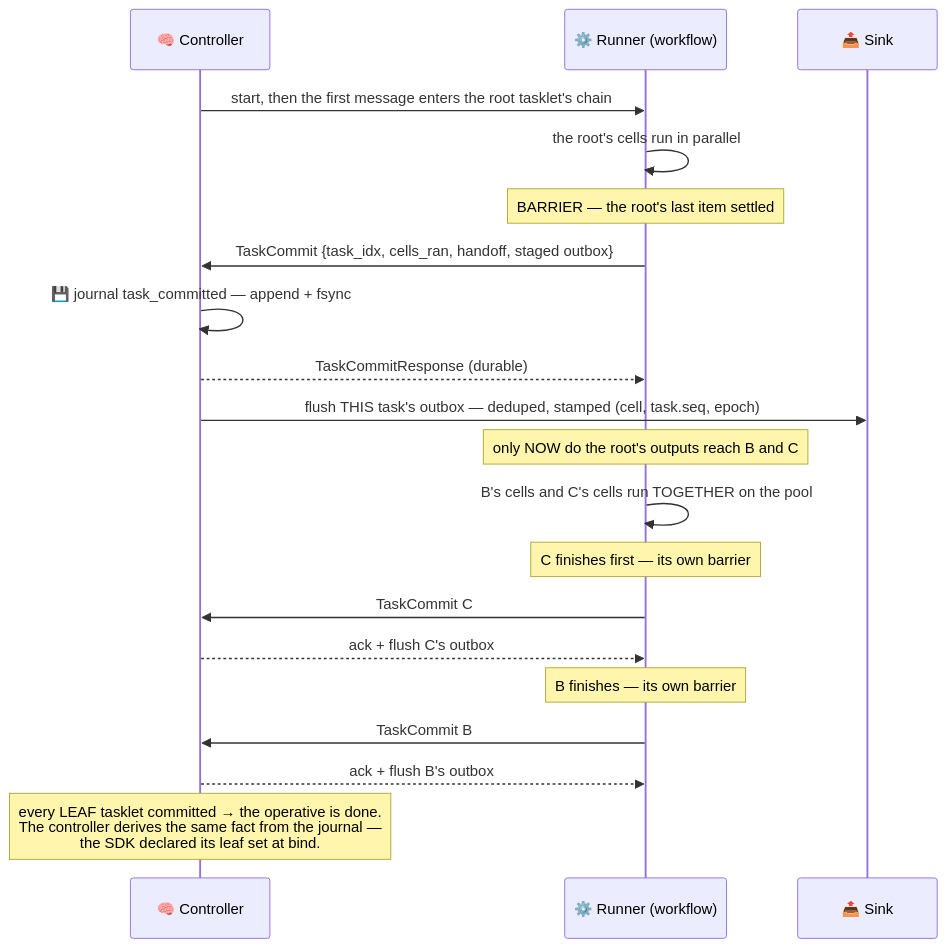
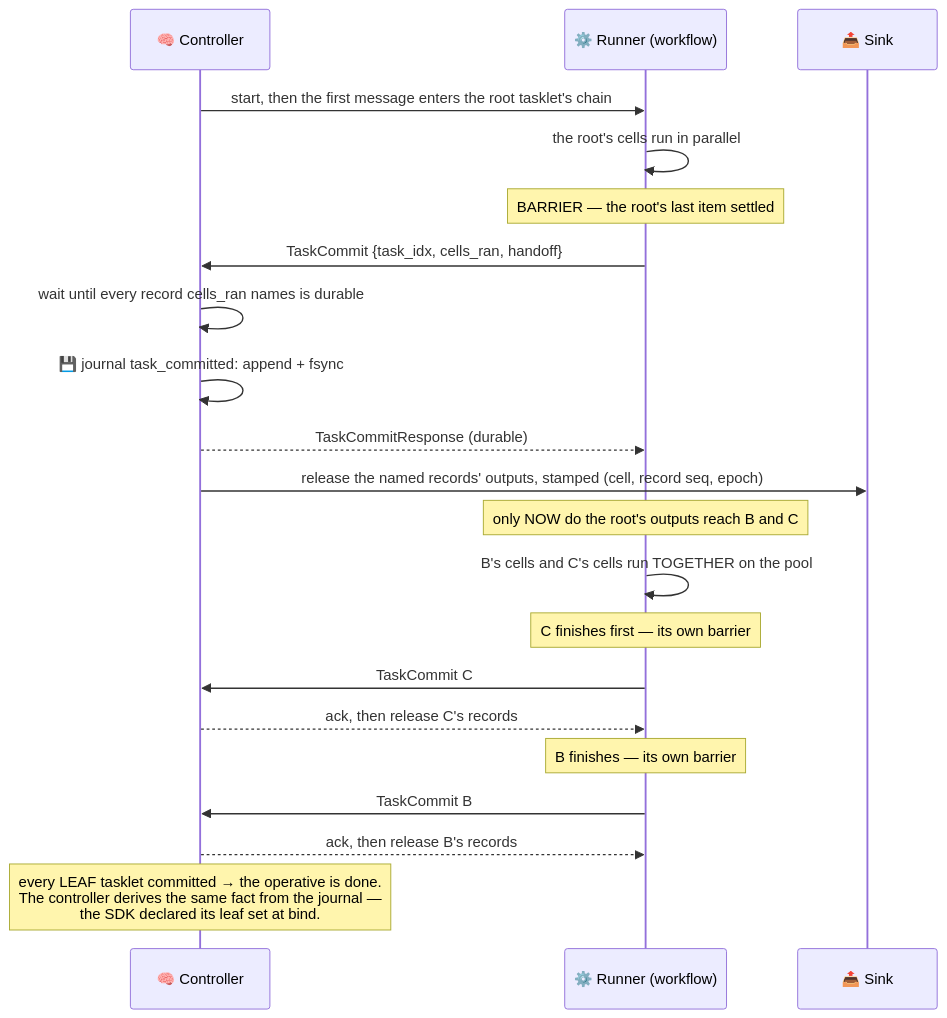
Before and after one commit to Flezha/flezha: the second of 8 diagrams in docs/architecture/workflow_profile.md, drawn with Mermaid. The commit also changed other lines of this file and 72 other files, not shown here.

First line of the commit message:
Commit a workflow stage through its Cells' own records

````diff
--- a/docs/architecture/workflow_profile.md
+++ b/docs/architecture/workflow_profile.md
@@ -118,24 +123,25 @@
 ```mermaid
 sequenceDiagram
     participant CTRL as 🧠 Controller
     participant EX as ⚙️ Runner (workflow)
     participant SINK as 📤 Sink
 
     CTRL->>EX: start, then the first message enters the root tasklet's chain
     EX->>EX: the root's cells run in parallel
     Note over EX: BARRIER — the root's last item settled
-    EX->>CTRL: TaskCommit {task_idx, cells_ran, handoff, staged outbox}
-    CTRL->>CTRL: 💾 journal task_committed — append + fsync
+    EX->>CTRL: TaskCommit {task_idx, cells_ran, handoff}
+    CTRL->>CTRL: wait until every record cells_ran names is durable
+    CTRL->>CTRL: 💾 journal task_committed: append + fsync
     CTRL-->>EX: TaskCommitResponse (durable)
-    CTRL->>SINK: flush THIS task's outbox — deduped, stamped (cell, task.seq, epoch)
+    CTRL->>SINK: release the named records' outputs, stamped (cell, record seq, epoch)
     Note over EX: only NOW do the root's outputs reach B and C
 
     EX->>EX: B's cells and C's cells run TOGETHER on the pool
     Note over EX: C finishes first — its own barrier
     EX->>CTRL: TaskCommit C
-    CTRL-->>EX: ack + flush C's outbox
+    CTRL-->>EX: ack, then release C's records
     Note over EX: B finishes — its own barrier
     EX->>CTRL: TaskCommit B
-    CTRL-->>EX: ack + flush B's outbox
+    CTRL-->>EX: ack, then release B's records
     Note over CTRL: every LEAF tasklet committed → the operative is done.<br/>The controller derives the same fact from the journal —<br/>the SDK declared its leaf set at bind.
 ```
````
